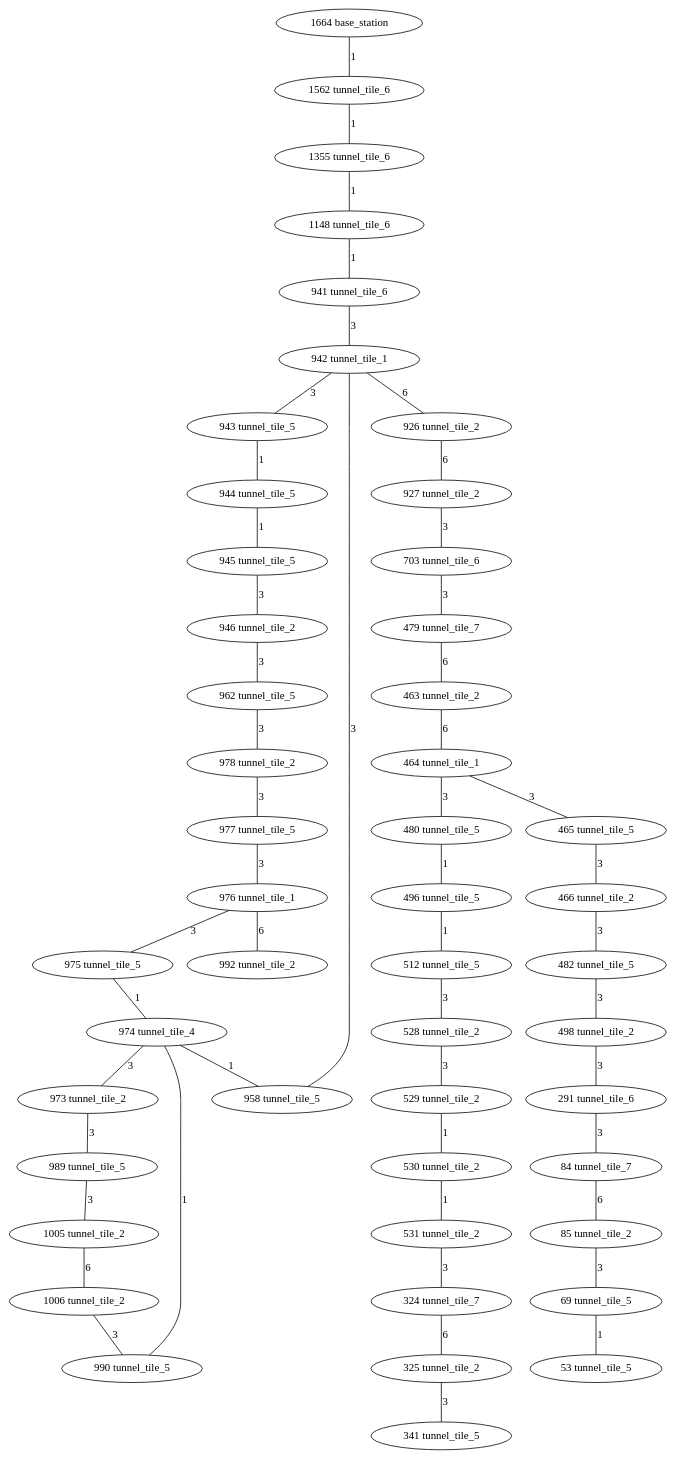
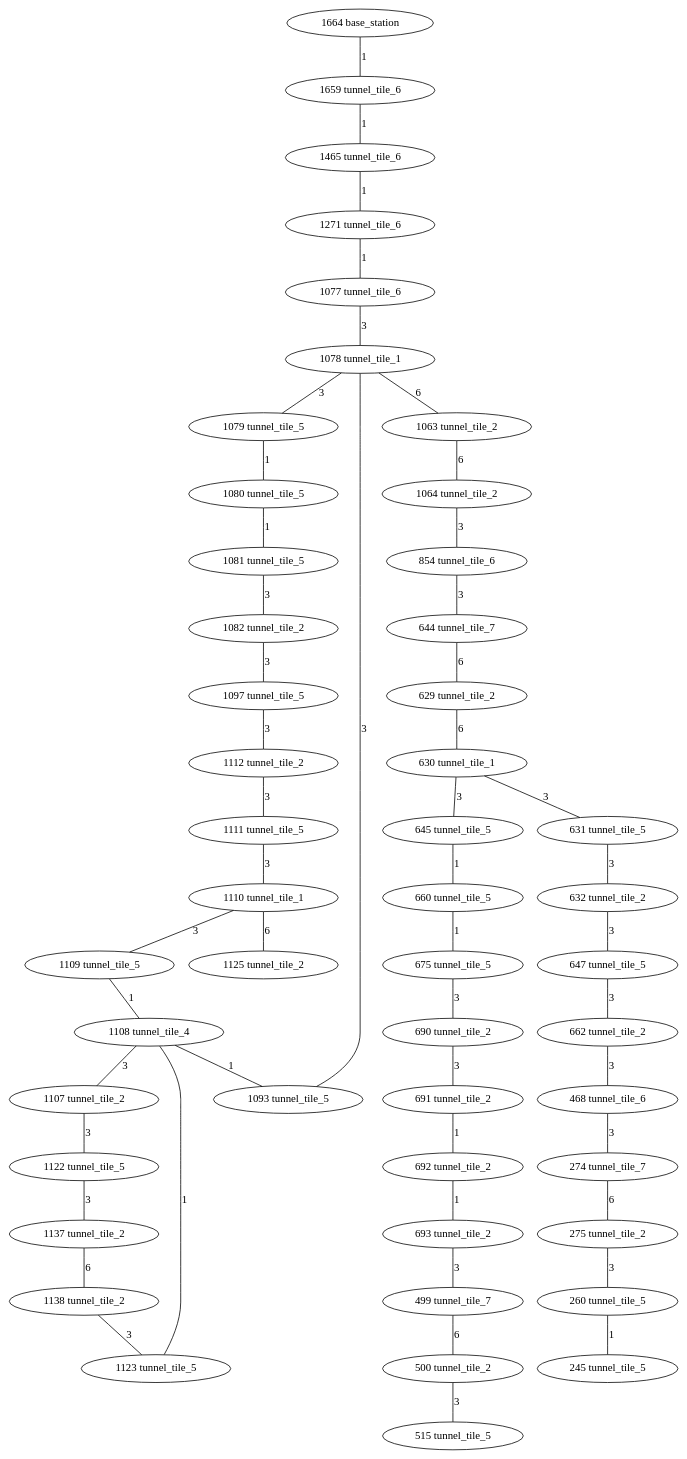
Before and after one commit to osrf/subt: the diagram in subt_gazebo/worlds/tunnel_practice_1.dot, drawn with Graphviz. The commit also changed 1 other file, not shown here.

```diff
--- a/subt_gazebo/worlds/tunnel_practice_1.dot
+++ b/subt_gazebo/worlds/tunnel_practice_1.dot
@@ -1,184 +1,184 @@
 
 /* Visibility graph for tunnel_practice_1.world */
 
 /* SubT tunnel parameters   */
 /* <ATTRIBUTE> min_x -10.0  */
 /* <ATTRIBUTE> max_x 290.0  */
 /* <ATTRIBUTE> step_x 20.0  */
 /* <ATTRIBUTE> min_y -130.0 */
 /* <ATTRIBUTE> max_y 130.0  */
 /* <ATTRIBUTE> step_y 20.0  */
-/* <ATTRIBUTE> min_z -37.5  */
+/* <ATTRIBUTE> min_z -42.5  */
 /* <ATTRIBUTE> max_z  2.5   */
 /* <ATTRIBUTE> step_z 5     */
 
 graph {
   /* Vertices */
 
   /* Base station */
   /* (-8,0,0) */
-  1664 [label="1664 base_station"];
+  1755 [label="1664 base_station"];
   
   /* (20,0,-5) */
-  1562 [label="1562 tunnel_tile_6"];
+  1659 [label="1659 tunnel_tile_6"];
   /* ((40,0,-10) */
-  1355 [label="1355 tunnel_tile_6"];
+  1465 [label="1465 tunnel_tile_6"];
   /* (60,0,-15) */
-  1148 [label="1148 tunnel_tile_6"];
+  1271 [label="1271 tunnel_tile_6"];
   /* (80,0,-20) */
-  941 [label="941 tunnel_tile_6"];
+  1077 [label="1077 tunnel_tile_6"];
   /* (100,0,-20) */
-  942 [label="942 tunnel_tile_1"];
+  1078 [label="1078 tunnel_tile_1"];
   /* (120,0,-20) */
-  943 [label="943 tunnel_tile_5"];
+  1079 [label="1079 tunnel_tile_5"];
   /* (140,0,-20) */
-  944 [label="944 tunnel_tile_5"];
+  1080 [label="1080 tunnel_tile_5"];
   /* (160,0,-20) */
-  945 [label="945 tunnel_tile_5"];
+  1081 [label="1081 tunnel_tile_5"];
   /* (180,0,-20) */
-  946 [label="946 tunnel_tile_2"];
+  1082 [label="1082 tunnel_tile_2"];
   /* (180,20,-20) */
-  962 [label="962 tunnel_tile_5"];
+  1097 [label="1097 tunnel_tile_5"];
   /* (180,40,-20) */
-  978 [label="978 tunnel_tile_2"];
+  1112 [label="1112 tunnel_tile_2"];
   /* (160,40,-20) */
-  977 [label="977 tunnel_tile_5"];
+  1111 [label="1111 tunnel_tile_5"];
   /* (140,40,-20) */
-  976 [label="976 tunnel_tile_1"];
+  1110 [label="1110 tunnel_tile_1"];
   /* ((120,40,-20) */
-  975 [label="975 tunnel_tile_5"];
+  1109 [label="1109 tunnel_tile_5"];
   
   /* (100,40,-20) */
-  974 [label="974 tunnel_tile_4"];
+  1108 [label="1108 tunnel_tile_4"];
   
   /* (80,40,-20) */
-  973  [label="973 tunnel_tile_2"];
+  1107  [label="1107 tunnel_tile_2"];
   /* (80,60,-20) */
-  989 [label="989 tunnel_tile_5"];
+  1122 [label="1122 tunnel_tile_5"];
   /* (80,80,-20) */
-  1005 [label="1005 tunnel_tile_2"];
+  1137 [label="1137 tunnel_tile_2"];
   /* (100,80,-20) */
-  1006 [label="1006 tunnel_tile_2"];
+  1138 [label="1138 tunnel_tile_2"];
   /* (100,60,-20) */
-  990 [label="990 tunnel_tile_5"];
+  1123 [label="1123 tunnel_tile_5"];
   /* (100,20,-20) */
-  958 [label="958 tunnel_tile_5"];
+  1093 [label="1093 tunnel_tile_5"];
   /* (140,60,-20) */
-  992 [label="992 tunnel_tile_2"];
+  1125 [label="1125 tunnel_tile_2"];
   /* (100,-20,-20) */
-  926 [label="926 tunnel_tile_2"];
+  1063 [label="1063 tunnel_tile_2"];
   /* (120,-20,-20) */
-  927 [label="927 tunnel_tile_2"];
+  1064 [label="1064 tunnel_tile_2"];
   /* (120,-40,-25) */
-  703 [label="703 tunnel_tile_6"];
+  854 [label="854 tunnel_tile_6"];
   /* (120,-60,-30) */
-  479 [label="479 tunnel_tile_7"];
+  644 [label="644 tunnel_tile_7"];
   /* (120,-80,-30) */
-  463 [label="463 tunnel_tile_2"];
+  629 [label="629 tunnel_tile_2"];
   /* (140,-80,-30) */
-  464 [label="464 tunnel_tile_1"];
+  630 [label="630 tunnel_tile_1"];
   /* (140,-60,-30) */
-  480 [label="480 tunnel_tile_5"];
+  645 [label="645 tunnel_tile_5"];
   /* (140,-40,-30) */
-  496 [label="496 tunnel_tile_5"];
+  660 [label="660 tunnel_tile_5"];
   /* (140,-20,-30) */
-  512 [label="512 tunnel_tile_5"];
+  675 [label="675 tunnel_tile_5"];
   /* (140,0,-30) */
-  528 [label="528 tunnel_tile_2"];
+  690 [label="690 tunnel_tile_2"];
   /* (160,0,-30) */
-  529 [label="529 tunnel_tile_2"];
+  691 [label="691 tunnel_tile_2"];
   /* (180,0,-30) */
-  530 [label="530 tunnel_tile_2"];
+  692 [label="692 tunnel_tile_2"];
   /* (200,0,-30) */
-  531 [label="531 tunnel_tile_2"];
+  693 [label="693 tunnel_tile_2"];
   /* (220,0,-35) */
-  324 [label="324 tunnel_tile_7"];
+  499 [label="499 tunnel_tile_7"];
   /* (240,0,-35) */
-  325 [label="325 tunnel_tile_2"];
+  500 [label="500 tunnel_tile_2"];
   /* (240,20,-35) */
-  341 [label="341 tunnel_tile_5"];
+  515 [label="515 tunnel_tile_5"];
   /* (160,-80,-30) */
-  465 [label="465 tunnel_tile_5"];
+  631 [label="631 tunnel_tile_5"];
   /* (180,-80,-30) */
-  466 [label="466 tunnel_tile_2"];
+  632 [label="632 tunnel_tile_2"];
   /* (180,-60,-30) */
-  482 [label="482 tunnel_tile_5"];
+  647 [label="647 tunnel_tile_5"];
   /* (180,-40,-30) */
-  498 [label="498 tunnel_tile_2"];
+  662 [label="662 tunnel_tile_2"];
   /* (200,-40,-35) */
-  291 [label="291 tunnel_tile_6"];
+  468 [label="468 tunnel_tile_6"];
   /* (220,-40,-40) */
-  84 [label="84 tunnel_tile_7"];
+  274 [label="274 tunnel_tile_7"];
   /* (240,-40,-40) */
-  85 [label="85 tunnel_tile_2"];
+  275 [label="275 tunnel_tile_2"];
   /* (240,-60,-40) */
-  69 [label="69 tunnel_tile_5"];
+  260 [label="260 tunnel_tile_5"];
   /* (240,-80,-40) */
-  53 [label="53 tunnel_tile_5"];
+  245 [label="245 tunnel_tile_5"];
 
   /* Edges */
 
   /* Base station */
-  1664 -- 1562 [label=1]
+  1755 -- 1659 [label=1]
 
-  1562 -- 1355 [label=1];
-  1355 -- 1148 [label=1];
-  1148 -- 941  [label=1];
-  941  -- 942  [label=3];
+  1659 -- 1465 [label=1];
+  1465 -- 1271 [label=1];
+  1271 -- 1077  [label=1];
+  1077  -- 1078  [label=3];
   
   /* Intersection */
-  942 -- 943  [label=3];
-  942 -- 958  [label=3];
-  942 -- 926  [label=6];
+  1078 -- 1079  [label=3];
+  1078 -- 1093  [label=3];
+  1078 -- 1063  [label=6];
      
-  943 -- 944  [label=1];
-  944 -- 945  [label=1];
-  945 -- 946  [label=3];
-  946 -- 962  [label=3];
-  962 -- 978  [label=3];
-  978 -- 977  [label=3];
-  977 -- 976  [label=3];
+  1079 -- 1080  [label=1];
+  1080 -- 1081  [label=1];
+  1081 -- 1082  [label=3];
+  1082 -- 1097  [label=3];
+  1097 -- 1112  [label=3];
+  1112 -- 1111  [label=3];
+  1111 -- 1110  [label=3];
 
   /* Intersection */
-  976 -- 975  [label=3];
-  976 -- 992  [label=6];
-  975 -- 974  [label=1];
+  1110 -- 1109  [label=3];
+  1110 -- 1125  [label=6];
+  1109 -- 1108  [label=1];
 
   /* Intersection */
-  974  -- 973  [label=3];
-  974  -- 990  [label=1];
-  974  -- 958  [label=1];
+  1108  -- 1107  [label=3];
+  1108  -- 1123  [label=1];
+  1108  -- 1093  [label=1];
  
-  973  -- 989  [label=3];
-  989  -- 1005  [label=3];
-  1005  -- 1006  [label=6];
-  1006  -- 990  [label=3];
-  926  -- 927  [label=6];
-  927  -- 703  [label=3];
-  703  -- 479  [label=3];
-  479  -- 463  [label=6];
-  463  -- 464  [label=6];
+  1107  -- 1122  [label=3];
+  1122  -- 1137  [label=3];
+  1137  -- 1138  [label=6];
+  1138  -- 1123  [label=3];
+  1063  -- 1064  [label=6];
+  1064  -- 854  [label=3];
+  854  -- 644  [label=3];
+  644  -- 629  [label=6];
+  629  -- 630  [label=6];
 
   /* Intersection */
-  464  -- 480  [label=3];
-  464  -- 465  [label=3];
+  630  -- 645  [label=3];
+  630  -- 631  [label=3];
  
-  480  -- 496  [label=1];
-  496  -- 512  [label=1];
-  512  -- 528  [label=3];
-  528  -- 529  [label=3];
-  529  -- 530  [label=1];
-  530  -- 531  [label=1];
-  531  -- 324  [label=3];
-  324  -- 325  [label=6];
-  325  -- 341  [label=3];
+  645  -- 660  [label=1];
+  660  -- 675  [label=1];
+  675  -- 690  [label=3];
+  690  -- 691  [label=3];
+  691  -- 692  [label=1];
+  692  -- 693  [label=1];
+  693  -- 499  [label=3];
+  499  -- 500  [label=6];
+  500  -- 515  [label=3];
  
-  465  -- 466  [label=3];
-  466  -- 482  [label=3];
-  482  -- 498  [label=3];
-  498  -- 291  [label=3];
-  291  -- 84   [label=3];
-  84   -- 85   [label=6];
-  85   -- 69   [label=3];
-  69   -- 53   [label=1];
+  631  -- 632  [label=3];
+  632  -- 647  [label=3];
+  647  -- 662  [label=3];
+  662  -- 468  [label=3];
+  468  -- 274   [label=3];
+  274   -- 275   [label=6];
+  275   -- 260   [label=3];
+  260   -- 245   [label=1];
 }
```
